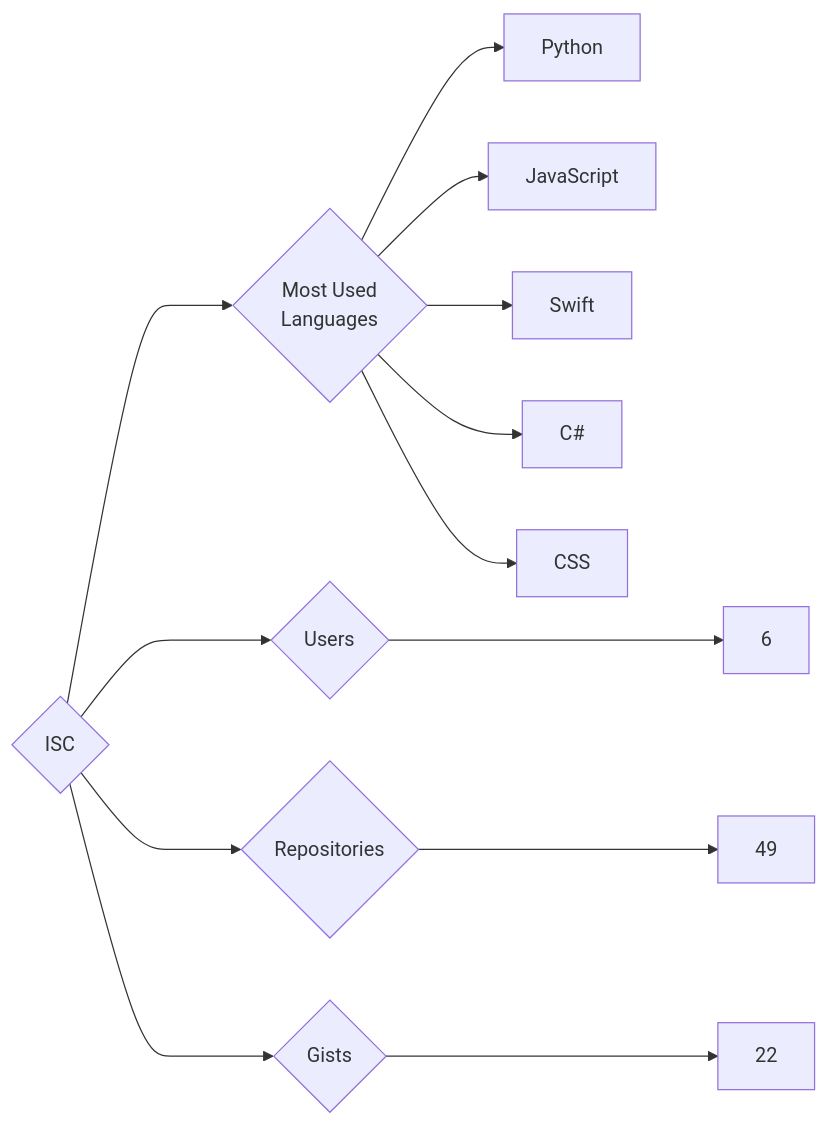
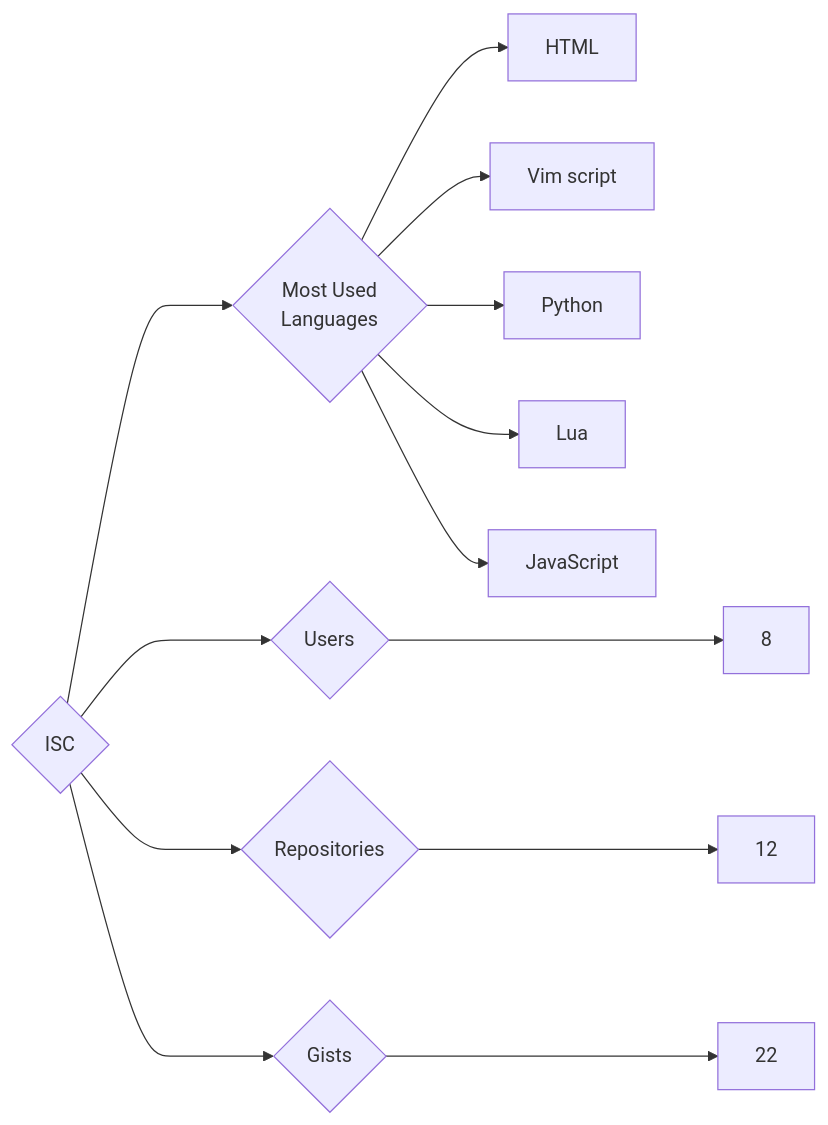
The diagram in targets/ISC/README.md (trickest/insiders), drawn with Mermaid before and after one commit. The commit also changed 872 other files, not shown here.

````diff
--- a/targets/ISC/README.md
+++ b/targets/ISC/README.md
@@ -3,13 +3,13 @@
 ```mermaid
 graph LR
 COMPANY_NAME{ISC}
-COMPANY_NAME ---> U{Users} ---> UN[6]
-COMPANY_NAME ---> R{Repositories} ---> RN[49]
+COMPANY_NAME ---> U{Users} ---> UN[8]
+COMPANY_NAME ---> R{Repositories} ---> RN[12]
 COMPANY_NAME ---> G{Gists} ---> GN[22]
 COMPANY_NAME ---> ML{Most Used<br>Languages}
+ML --> HTML[HTML]
+ML --> Vim_script[Vim script]
 ML --> Python[Python]
+ML --> Lua[Lua]
 ML --> JavaScript[JavaScript]
-ML --> Swift[Swift]
-ML --> C#[C#]
-ML --> CSS[CSS]
 ```
````
